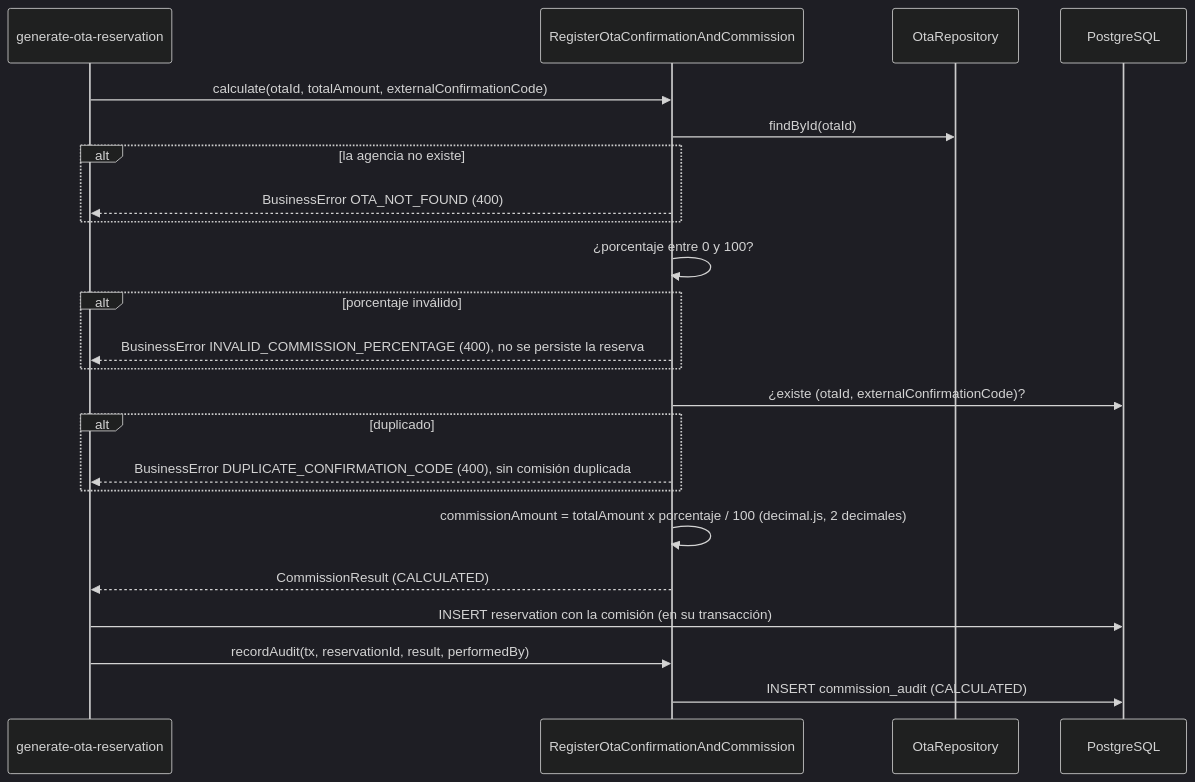
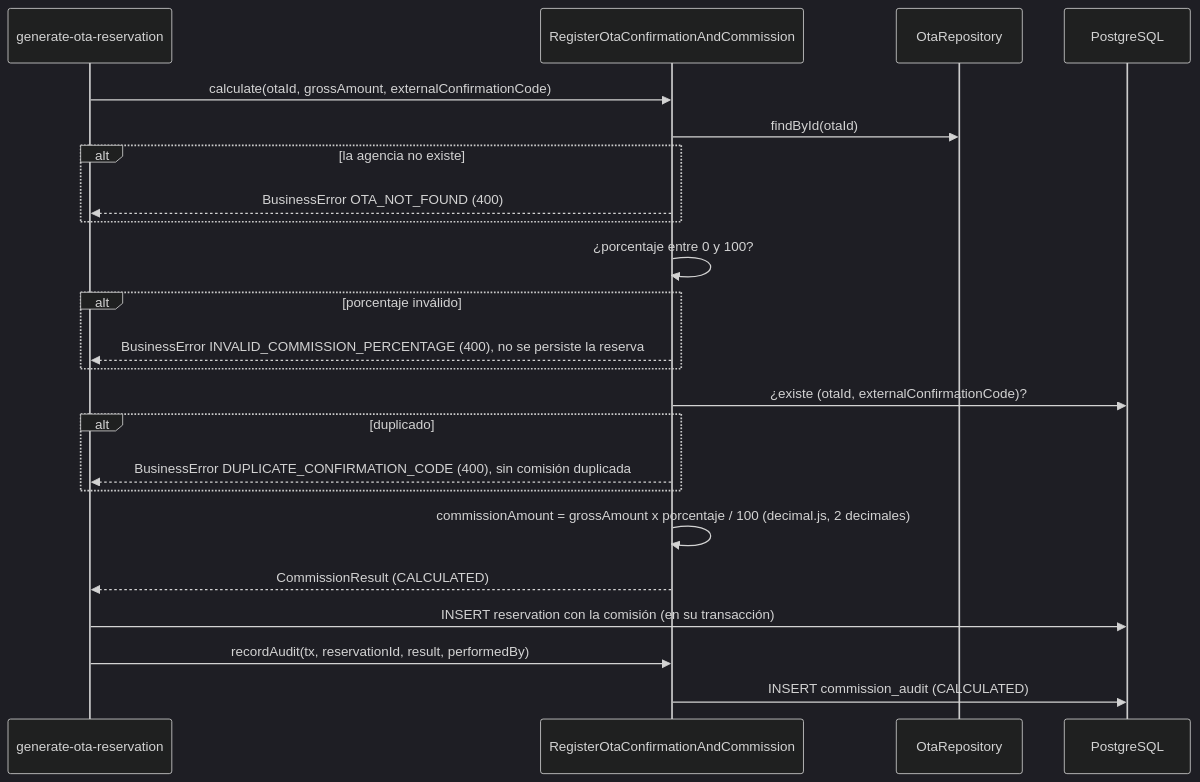
The first of 4 diagrams in specs/register-ota-information-commission/plan.md (Lapicero312-lapi/HOSPITUA-MOD-2), drawn with Mermaid (dark theme) before and after one commit. The commit also changed other lines of this file and 16 other files, not shown here.

Commit message:
docs(specs): grossAmount como único nombre del valor de Booking, correcciones de specs, mensajes de error unificados, cierre del día a las 00:00:30 y puntos abiertos resueltos

````diff
--- a/specs/register-ota-information-commission/plan.md
+++ b/specs/register-ota-information-commission/plan.md
@@ -306,26 +306,26 @@
 ```mermaid
 sequenceDiagram
     participant G as generate-ota-reservation
     participant C as RegisterOtaConfirmationAndCommission
     participant R as OtaRepository
     participant DB as PostgreSQL
 
-    G->>C: calculate(otaId, totalAmount, externalConfirmationCode)
+    G->>C: calculate(otaId, grossAmount, externalConfirmationCode)
     C->>R: findById(otaId)
     alt la agencia no existe
         C-->>G: BusinessError OTA_NOT_FOUND (400)
     end
     C->>C: ¿porcentaje entre 0 y 100?
     alt porcentaje inválido
         C-->>G: BusinessError INVALID_COMMISSION_PERCENTAGE (400), no se persiste la reserva
     end
     C->>DB: ¿existe (otaId, externalConfirmationCode)?
     alt duplicado
         C-->>G: BusinessError DUPLICATE_CONFIRMATION_CODE (400), sin comisión duplicada
     end
-    C->>C: commissionAmount = totalAmount x porcentaje / 100 (decimal.js, 2 decimales)
+    C->>C: commissionAmount = grossAmount x porcentaje / 100 (decimal.js, 2 decimales)
     C-->>G: CommissionResult (CALCULATED)
     G->>DB: INSERT reservation con la comisión (en su transacción)
     G->>C: recordAudit(tx, reservationId, result, performedBy)
     C->>DB: INSERT commission_audit (CALCULATED)
 ```
````
